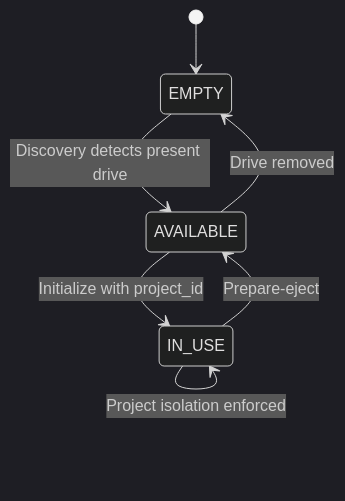
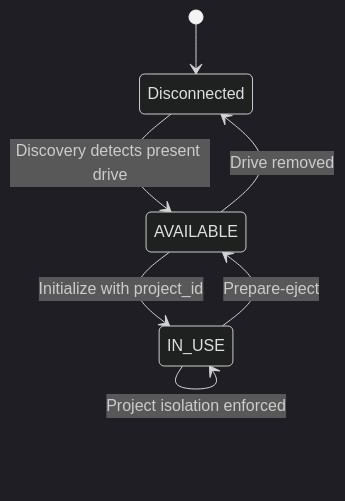
One commit to t3knoid/ecube changed the third of 4 diagrams in docs/operations/15-dba-data-model-reference.md. Above: the diagram before and after it, drawn with Mermaid (dark theme). The commit also changed other lines of this file and 14 other files, not shown here.

````diff
--- a/docs/operations/15-dba-data-model-reference.md
+++ b/docs/operations/15-dba-data-model-reference.md
@@ -164,9 +164,11 @@
 ```mermaid
 stateDiagram-v2
   [*] --> EMPTY
   EMPTY --> AVAILABLE: Discovery detects present drive
   AVAILABLE --> IN_USE: Initialize with project_id
   IN_USE --> AVAILABLE: Prepare-eject
   AVAILABLE --> EMPTY: Drive removed
   IN_USE --> IN_USE: Project isolation enforced
+
+  state "Disconnected" as EMPTY
 ```
````
